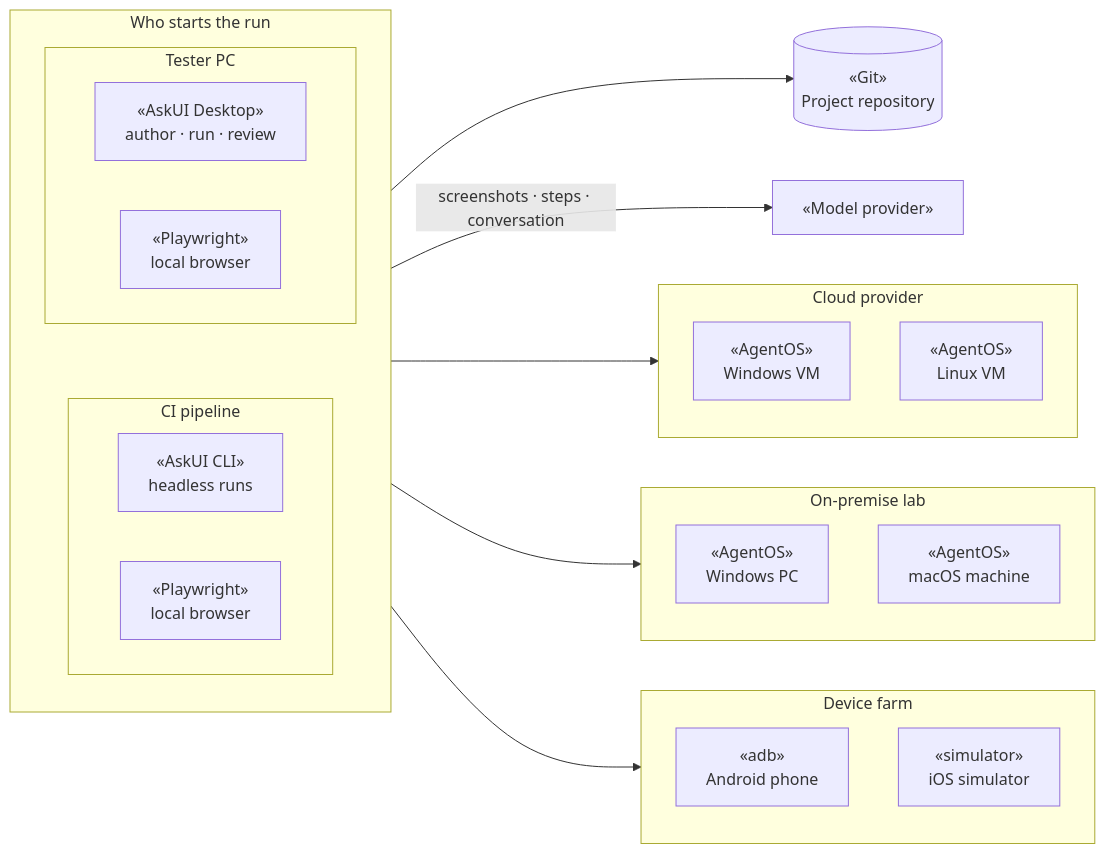
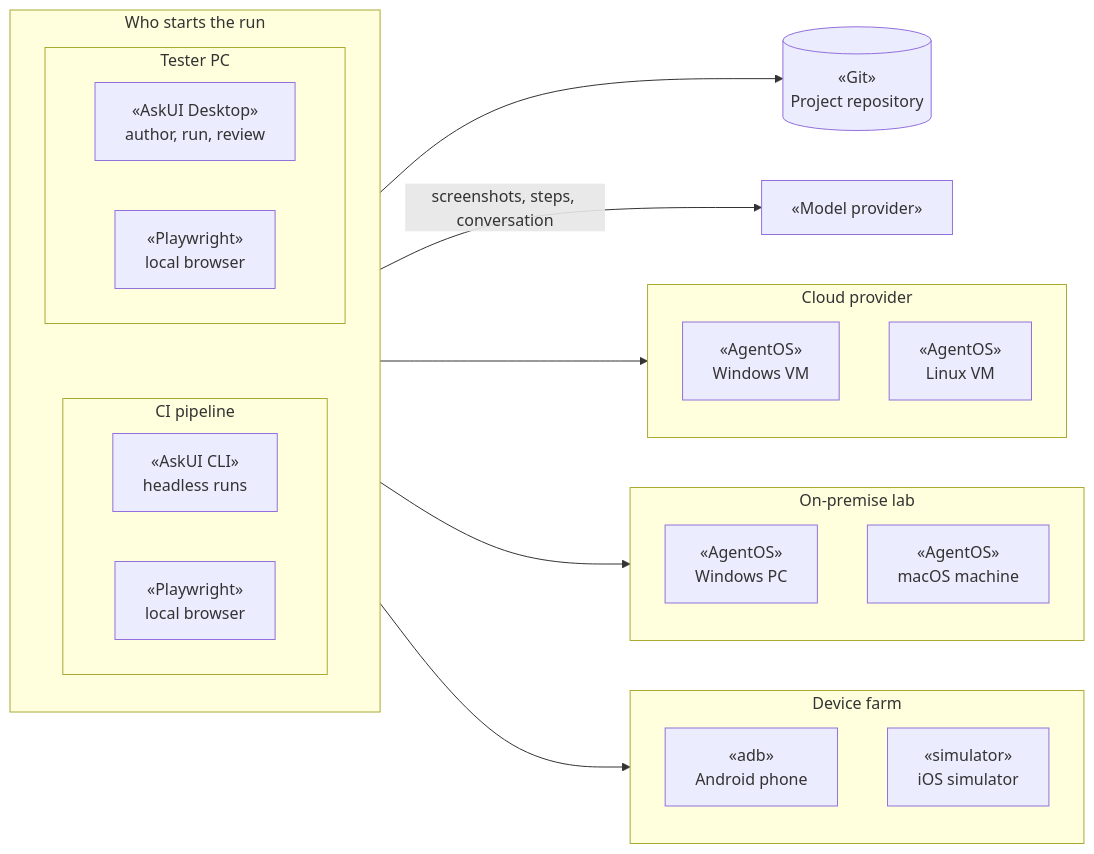
Before and after one commit to askui/docs-rewrite: the second of 2 diagrams in content/docs/concepts/enterprise-fit.mdx, drawn with Mermaid. The commit also changed other lines of this file and 5 other files, not shown here.

First line of the commit message:
docs: drop interpunct separators from diagram labels and step headings

````diff
--- a/content/docs/concepts/enterprise-fit.mdx
+++ b/content/docs/concepts/enterprise-fit.mdx
@@ -46,33 +46,33 @@
 ```mermaid
 flowchart LR
   subgraph starts["Who starts the run"]
     subgraph pc["Tester PC"]
-      D["«AskUI Desktop»<br/>author · run · review"]
+      D["«AskUI Desktop»<br/>author, run, review"]
       B1["«Playwright»<br/>local browser"]
     end
     subgraph ci["CI pipeline"]
       C["«AskUI CLI»<br/>headless runs"]
       B2["«Playwright»<br/>local browser"]
     end
     pc ~~~ ci
   end
   R[("«Git»<br/>Project repository")]
   M["«Model provider»"]
   subgraph cloud["Cloud provider"]
     V1["«AgentOS»<br/>Windows VM"]
     V2["«AgentOS»<br/>Linux VM"]
   end
   subgraph lab["On-premise lab"]
     P1["«AgentOS»<br/>Windows PC"]
     P2["«AgentOS»<br/>macOS machine"]
   end
   subgraph farm["Device farm"]
     A1["«adb»<br/>Android phone"]
     I1["«simulator»<br/>iOS simulator"]
   end
   starts --> R
-  starts -->|"screenshots · steps · conversation"| M
+  starts -->|"screenshots, steps, conversation"| M
   starts --> cloud
   starts --> lab
   starts --> farm
 ```
````
